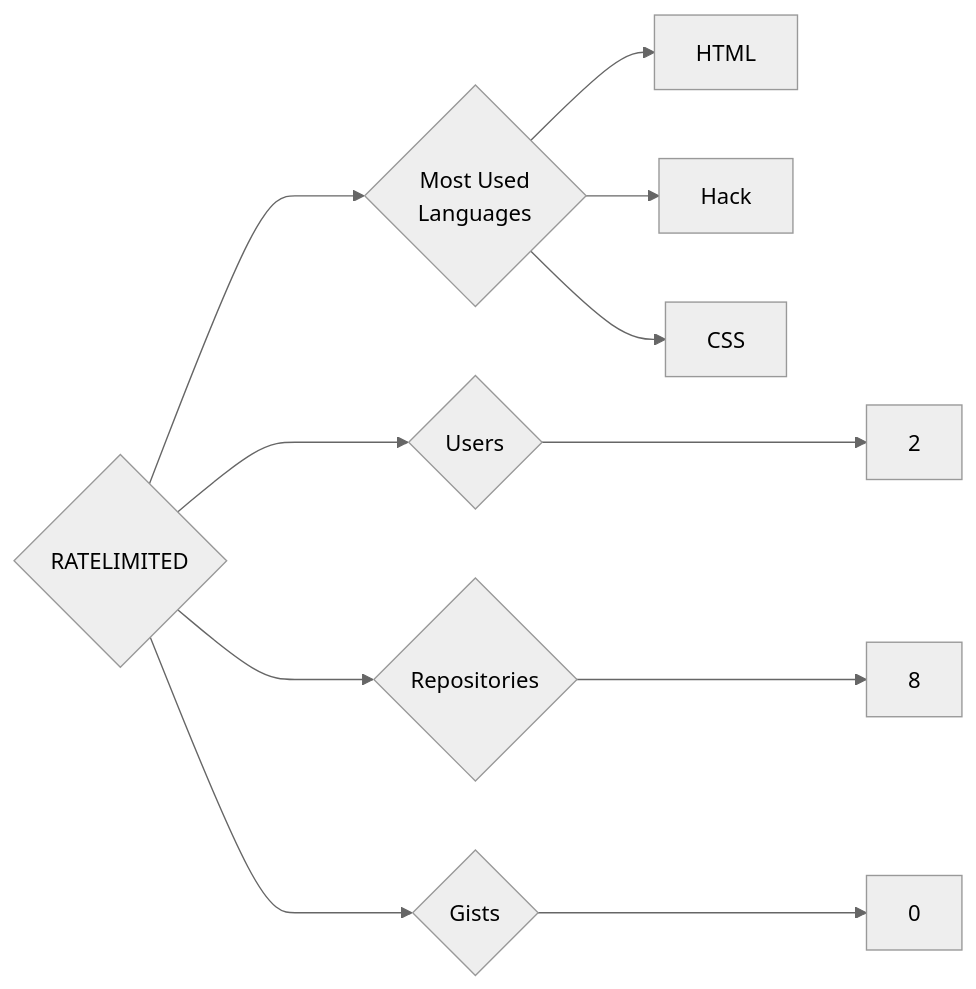
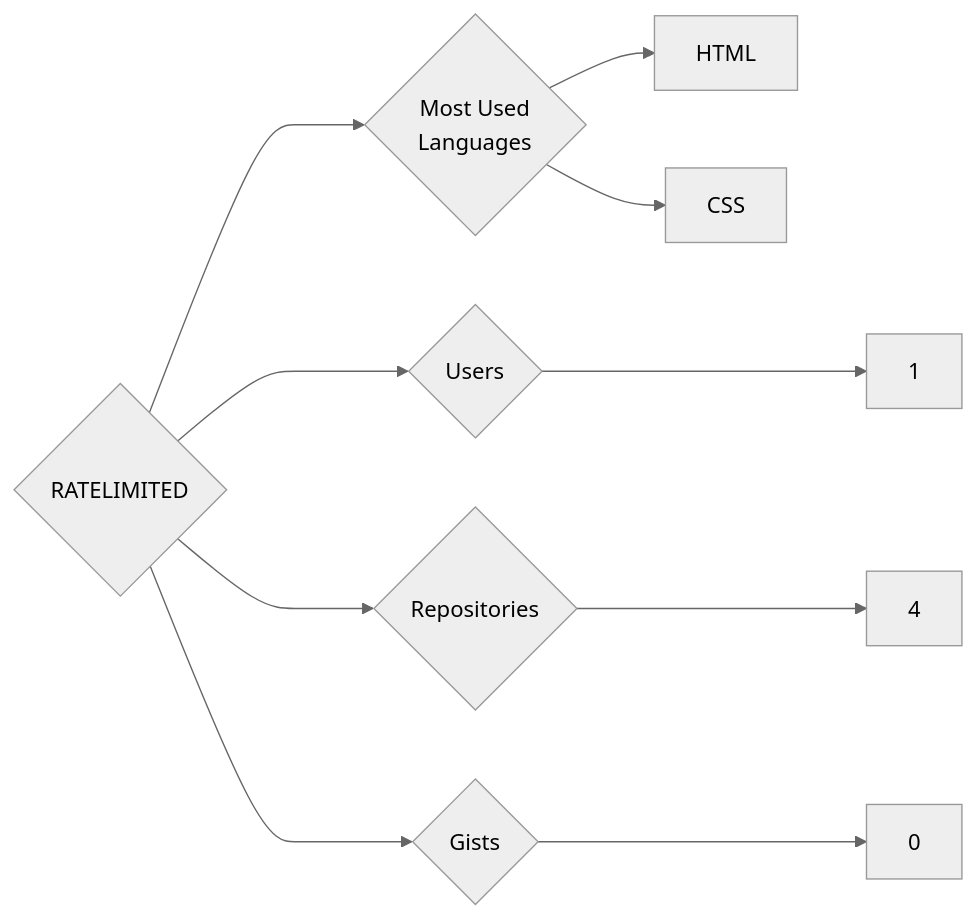
One commit to trickest/insiders changed the diagram in targets/RATELIMITED/README.md. Above: the diagram before and after it, drawn with Mermaid (neutral theme). The commit also changed 1479 other files, not shown here.

````diff
--- a/targets/RATELIMITED/README.md
+++ b/targets/RATELIMITED/README.md
@@ -3,11 +3,10 @@
 ```mermaid
 graph LR
 COMPANY_NAME{RATELIMITED}
-COMPANY_NAME ---> U{Users} ---> UN[2]
-COMPANY_NAME ---> R{Repositories} ---> RN[8]
+COMPANY_NAME ---> U{Users} ---> UN[1]
+COMPANY_NAME ---> R{Repositories} ---> RN[4]
 COMPANY_NAME ---> G{Gists} ---> GN[0]
 COMPANY_NAME ---> ML{Most Used<br>Languages}
 ML --> HTML[HTML]
-ML --> Hack[Hack]
 ML --> CSS[CSS]
 ```
````
